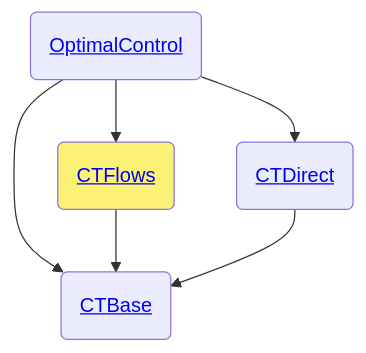
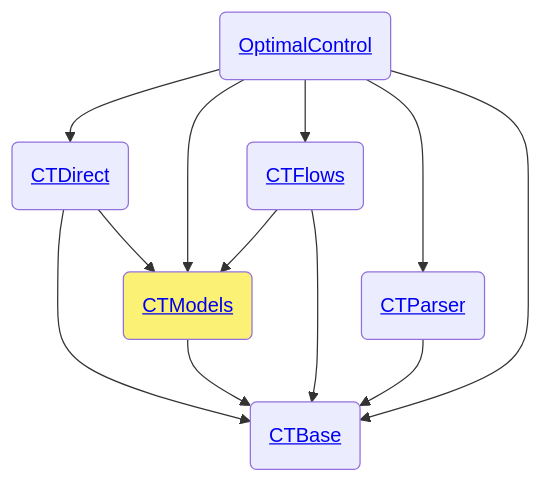
The diagram in docs/src/dev-ctmodels.md (control-toolbox/OptimalControl.jl), drawn with Mermaid before and after one commit. The commit also changed 4 other files, not shown here.

Commit message:
updated flowchart fo packages

````diff
--- a/docs/src/dev-ctmodels.md
+++ b/docs/src/dev-ctmodels.md
@@ -9,9 +9,21 @@
 ```mermaid
 flowchart TD
-O(<a href='https://control-toolbox.org/OptimalControl.jl/stable/api-optimalcontrol.html'>OptimalControl</a>) --> B(<a href='https://control-toolbox.org/OptimalControl.jl/stable/api-ctbase.html'>CTBase</a>)
-O --> D(<a href='https://control-toolbox.org/OptimalControl.jl/stable/api-ctdirect.html'>CTDirect</a>)
-O --> F(<a href='https://control-toolbox.org/OptimalControl.jl/stable/api-ctflows.html'>CTFlows</a>)
+B(<a href='https://control-toolbox.org/OptimalControl.jl/stable/api-ctbase.html'>CTBase</a>)
+M(<a href='https://control-toolbox.org/OptimalControl.jl/stable/api-ctmodels.html'>CTModels</a>)
+P(<a href='https://control-toolbox.org/OptimalControl.jl/stable/api-ctparser.html'>CTParser</a>)
+O(<a href='https://control-toolbox.org/OptimalControl.jl/stable/api-optimalcontrol.html'>OptimalControl</a>)
+D(<a href='https://control-toolbox.org/OptimalControl.jl/stable/api-ctdirect.html'>CTDirect</a>)
+F(<a href='https://control-toolbox.org/OptimalControl.jl/stable/api-ctflows.html'>CTFlows</a>)
+O --> D
+O --> M
+O --> F
+O --> P
+F --> M
+O --> B
 F --> B
 D --> B
-style F fill:#FBF275
+D --> M
+P --> B
+M --> B
+style M fill:#FBF275
 ```
````
